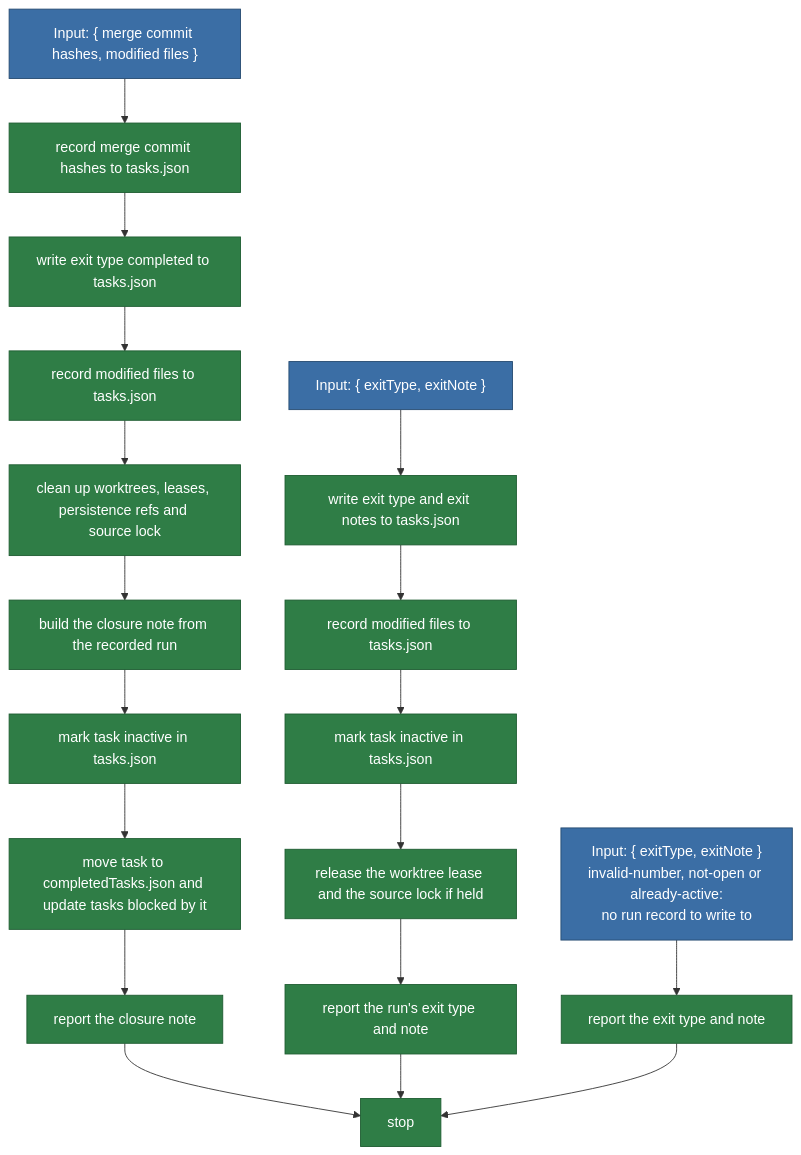
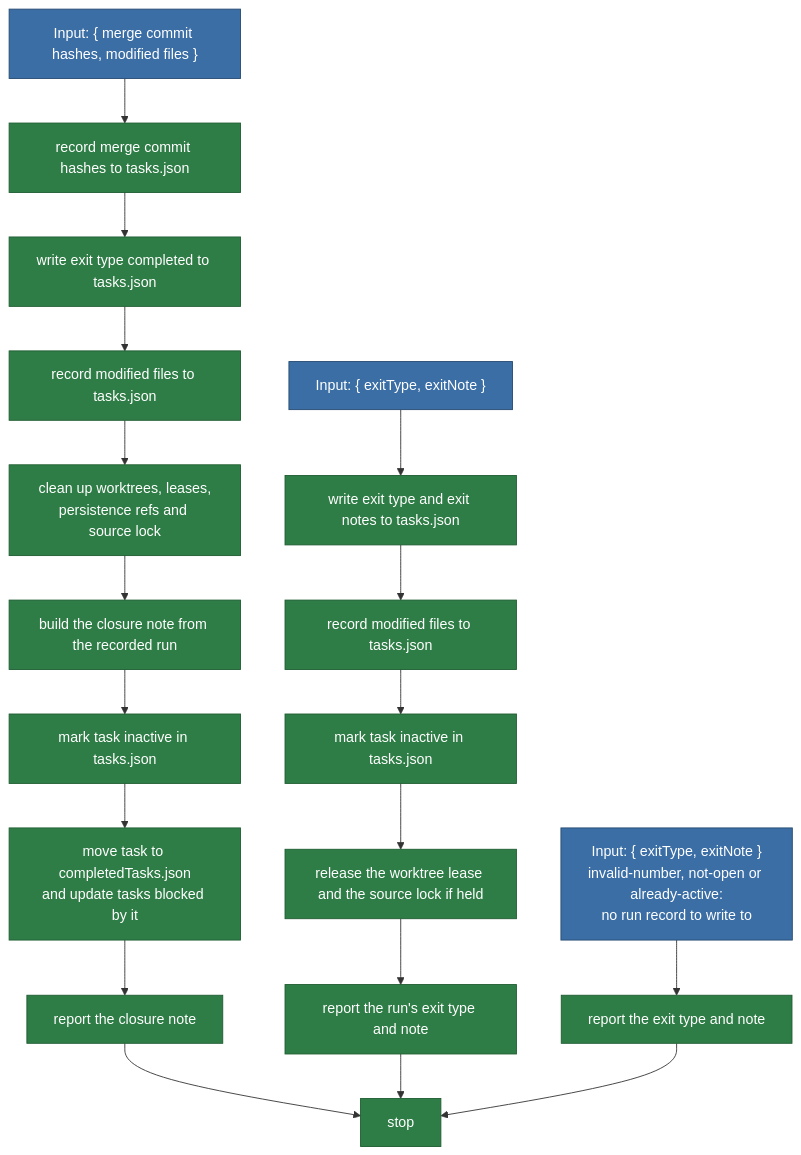
The diagram in plans/diagram/pipeline-exitWorkflow.mmd (matkatmusic/taskTools), drawn with Mermaid before and after one commit. The commit also changed 4 other files, not shown here.

Commit message:
switched to elk for mermaid layout, eliminating collisions

```diff
--- a/plans/diagram/pipeline-exitWorkflow.mmd
+++ b/plans/diagram/pipeline-exitWorkflow.mmd
@@ -1,81 +1,81 @@
 flowchart TB
 %% EXIT WORKFLOW. Split from pipeline.mmd. Every pipeline ends here.
 %% Two inputs, two tails:
 %%   the merge receipt from the rebase and merge pipeline -> the success tail
 %%   an exit type and exit note from any pipeline          -> the failure tail
 %% Rules that apply everywhere, not steps:
 %%   1. Every git interaction goes through a script. Never prose.
 %%   2. Every read and write of tasks.json is atomic.
 %%   3. Every box that touches the working tree operates on every repository
 %%      layer, deepest submodule first, root last. Boxes that only read or write
 %%      tasks.json do not.
 %%   4. Exactly one box releases the source repo lock: "clean up" on the success
 %%      tail, "release the worktree lease and the source lock if held" on the
 %%      failure tail. The release line names only what is actually held: nothing
 %%      before a worktree exists, the lease only before the source repo was
 %%      locked, both after.
 %%   5. A script that fails operationally, as opposed to returning a verdict,
 %%      exits the run as run-failed. No step is retried after it has mutated
 %%      anything. How far this workflow can run depends on where the failure
 %%      happened, and there are four cases:
 %%        before the task is active - report and stop; there is no run to write to
 %%        active, no worktree      - this workflow runs; modified files records []
 %%        active, with worktree    - this workflow runs in full
 %%        during the archive, after "mark task inactive"
 %%                                - the run is already ended, so this workflow
 %%                                  reopens it, overwrites exit type completed
 %%                                  with run-failed, and re-ends it
 %%   6. A mutating box whose result is lost is never blindly retried and never
 %%      assumed failed. Each one has a read-only reconciliation check that reads
 %%      the world and decides whether it already happened. A safe idempotent
 %%      rerun happens only after reconciliation proves it did not complete. Only
 %%      an ambiguous loss is run-failed.
 %%   7. A task stays unavailable to another run from "mark the task active" until
 %%      its archive lands. "mark task inactive" ends the run but does NOT reopen
 %%      the task: a task whose newest ended run exited completed, and which is
 %%      still in tasks.json, is closing, and a second invocation must refuse it.
 %% Exit types that reach [stop]:
 %%   completed          - archived to completedTasks.json
 %%   invalid-number     - not in tasks.json or completedTasks.json
 %%   not-open           - already completed
 %%   already-active     - a previous run left the task active
 %%   blocked            - an open blocker remains
 %%   plan-scrapped      - codex scrapped the plan twice
 %%   tests-red          - task tests still failing after 2 fix attempts
 %%   tests-flagged      - codex flagged the tests twice
 %%   suite-red          - full suite still failing after 2 fix attempts
 %%   rebase-stuck       - the rebase did not advance after 2 conflict fixes
 %%   merge-failed       - the merge did not land twice
 %%   fence-violation    - a step changed a file the task does not own
 %%   run-failed         - a script failed operationally
 %% invalid-number, not-open and already-active are the only exits that write
 %% nothing to tasks.json: the first two have no open task record to write to, and
 %% the third must not touch a run that belongs to another invocation. All three
 %% take the report-only tail. Every other exit takes the failure tail.
 
   INMERGE["Input: { merge commit hashes, modified files }"] --> HASH["record merge commit hashes to tasks.json"]
   HASH --> DONE["write exit type completed to tasks.json"]
   DONE --> RECOK["record modified files to tasks.json"]
-  RECOK --> CLEAN["clean up worktrees, leases, persistence refs and source lock"]
+  RECOK --> CLEAN["clean up worktrees, leases,<br/>persistence refs and source lock"]
   CLEAN --> VNOTES["build the closure note from the recorded run"]
   VNOTES --> OFFOK["mark task inactive in tasks.json"]
-  OFFOK --> ARCH["move task to completedTasks.json and update tasks blocked by it"]
+  OFFOK --> ARCH["move task to completedTasks.json<br/>and update tasks blocked by it"]
   ARCH --> REPORTDONE["report the closure note"]
   REPORTDONE --> STOP["stop"]
 
   INFAIL["Input: { exitType, exitNote }"] --> EXIT["write exit type and exit notes to tasks.json"]
   EXIT --> REC["record modified files to tasks.json"]
   REC --> OFF["mark task inactive in tasks.json"]
   OFF --> REL["release the worktree lease and the source lock if held"]
   REL --> REPORTRUN["report the run's exit type and note"]
   REPORTRUN --> STOP
 
   INNOWRITE["Input: { exitType, exitNote }<br/>invalid-number, not-open or already-active:<br/>no run record to write to"] --> REPORTEDGE["report the exit type and note"]
   REPORTEDGE --> STOP
 
   classDef script fill:#2f7d46,stroke:#1e5c31,color:#ffffff
   classDef prose fill:#e0b400,stroke:#a88600,color:#1a1a1a
   classDef output fill:#3b6ea5,stroke:#254a70,color:#ffffff
   classDef fail fill:red,stroke:#254a70,color:#ffffff
   class HASH,DONE,RECOK,CLEAN,VNOTES,OFFOK,ARCH,REPORTDONE,EXIT,REC,OFF,REL,REPORTRUN,REPORTEDGE,STOP script
   class INMERGE,INFAIL,INNOWRITE output
```
